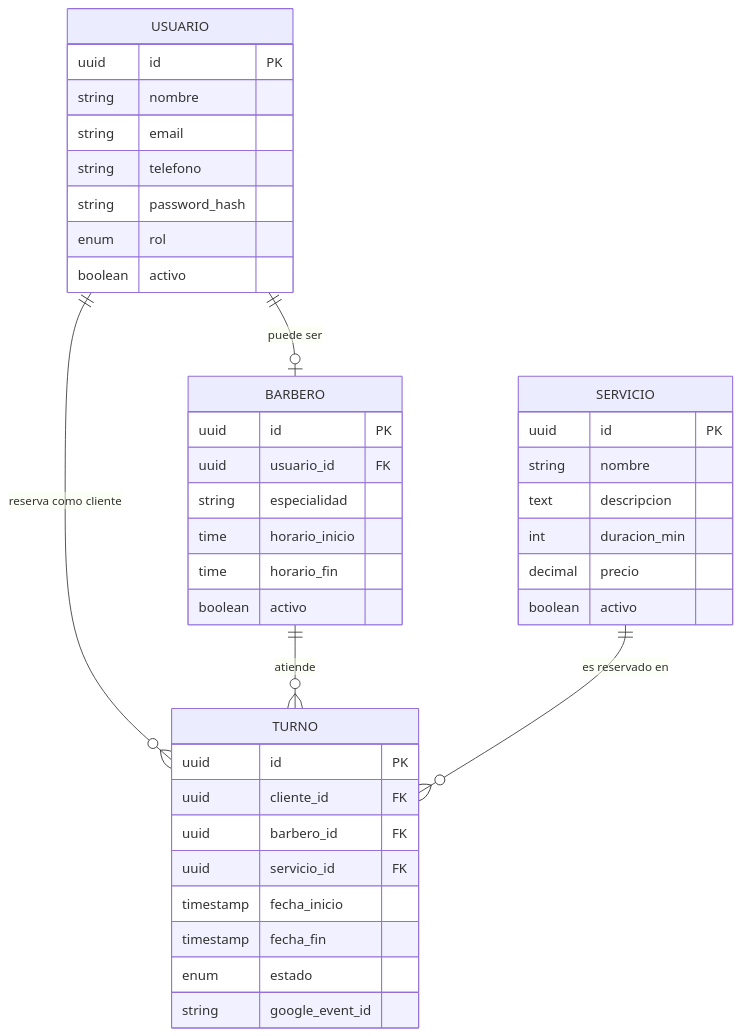
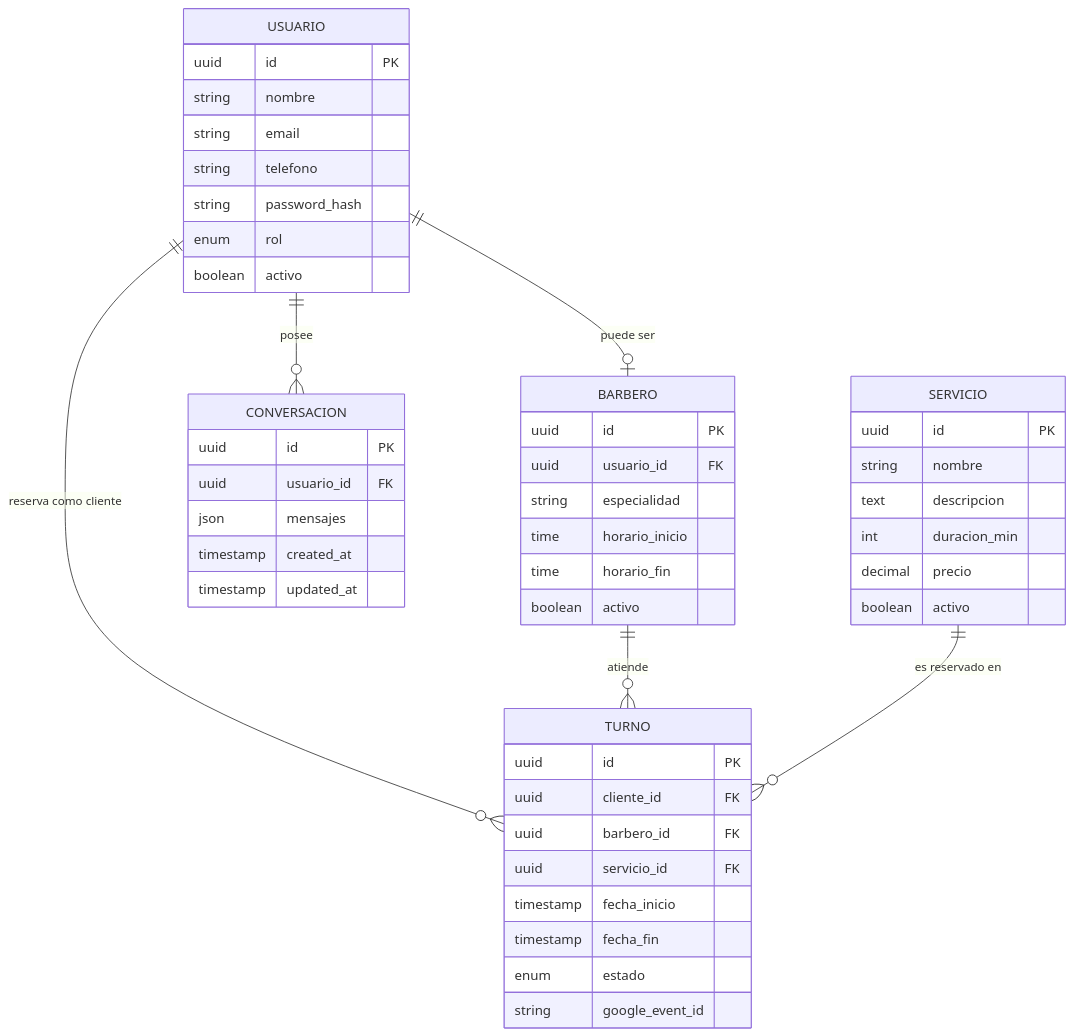
The second of 2 diagrams in specs/000-arquitectura/plan.md (LERIDA125/Proyecto_Barberia), drawn with Mermaid before and after one commit. The commit also changed other lines of this file and 11 other files, not shown here.

````diff
--- a/specs/000-arquitectura/plan.md
+++ b/specs/000-arquitectura/plan.md
@@ -172,43 +183,51 @@
 ```mermaid
 erDiagram
     USUARIO ||--o| BARBERO : "puede ser"
     USUARIO ||--o{ TURNO : "reserva como cliente"
+    USUARIO ||--o{ CONVERSACION : "posee"
     BARBERO ||--o{ TURNO : "atiende"
     SERVICIO ||--o{ TURNO : "es reservado en"
 
     USUARIO {
         uuid id PK
         string nombre
         string email
         string telefono
         string password_hash
         enum rol
         boolean activo
     }
     BARBERO {
         uuid id PK
         uuid usuario_id FK
         string especialidad
         time horario_inicio
         time horario_fin
         boolean activo
     }
     SERVICIO {
         uuid id PK
         string nombre
         text descripcion
         int duracion_min
         decimal precio
         boolean activo
     }
     TURNO {
         uuid id PK
         uuid cliente_id FK
         uuid barbero_id FK
         uuid servicio_id FK
         timestamp fecha_inicio
         timestamp fecha_fin
         enum estado
         string google_event_id
     }
+    CONVERSACION {
+        uuid id PK
+        uuid usuario_id FK
+        json mensajes
+        timestamp created_at
+        timestamp updated_at
+    }
 ```
````
